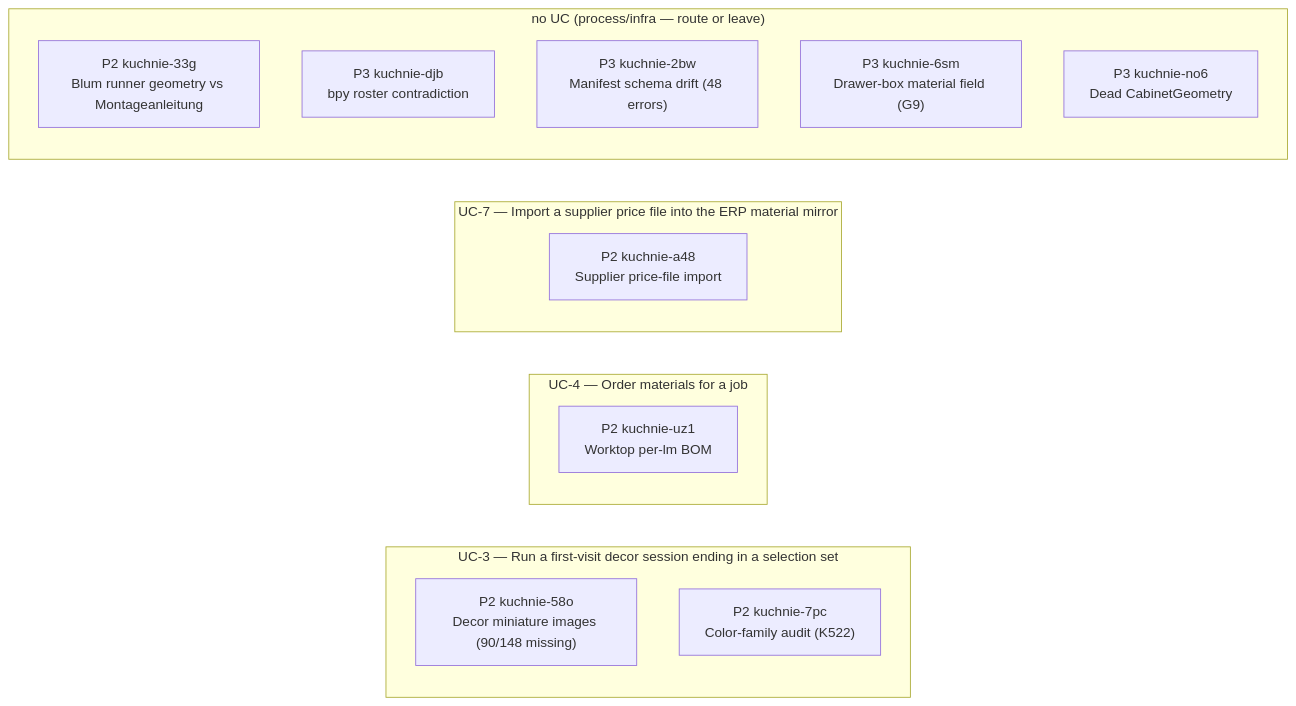
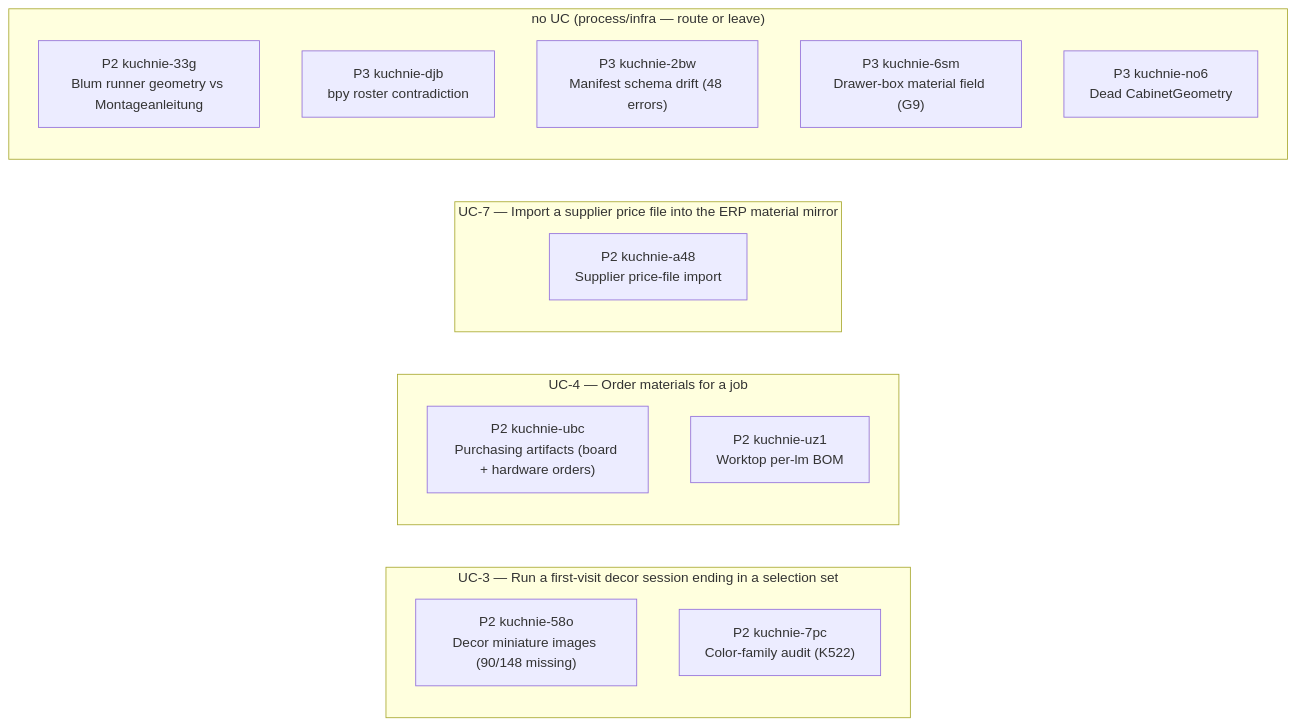
The second of 2 diagrams in STATUS.md (m1981/kuchnie), drawn with Mermaid before and after one commit. The commit also changed other lines of this file and 2 other files, not shown here.

````diff
--- a/STATUS.md
+++ b/STATUS.md
@@ -72,20 +74,21 @@
 ```mermaid
 flowchart LR
     subgraph gUC_3 ["UC-3 — Run a first-visit decor session ending in a selection set"]
         u_kuchnie_58o["P2 kuchnie-58o<br/>Decor miniature images (90/148 missing)"]
         u_kuchnie_7pc["P2 kuchnie-7pc<br/>Color-family audit (K522)"]
     end
     subgraph gUC_4 ["UC-4 — Order materials for a job"]
+        u_kuchnie_ubc["P2 kuchnie-ubc<br/>Purchasing artifacts (board + hardware orders)"]
         u_kuchnie_uz1["P2 kuchnie-uz1<br/>Worktop per-lm BOM"]
     end
     subgraph gUC_7 ["UC-7 — Import a supplier price file into the ERP material mirror"]
         u_kuchnie_a48["P2 kuchnie-a48<br/>Supplier price-file import"]
     end
     subgraph g_none ["no UC (process/infra — route or leave)"]
         u_kuchnie_33g["P2 kuchnie-33g<br/>Blum runner geometry vs Montageanleitung"]
         u_kuchnie_djb["P3 kuchnie-djb<br/>bpy roster contradiction"]
         u_kuchnie_2bw["P3 kuchnie-2bw<br/>Manifest schema drift (48 errors)"]
         u_kuchnie_6sm["P3 kuchnie-6sm<br/>Drawer-box material field (G9)"]
         u_kuchnie_no6["P3 kuchnie-no6<br/>Dead CabinetGeometry"]
     end
 ```
````
